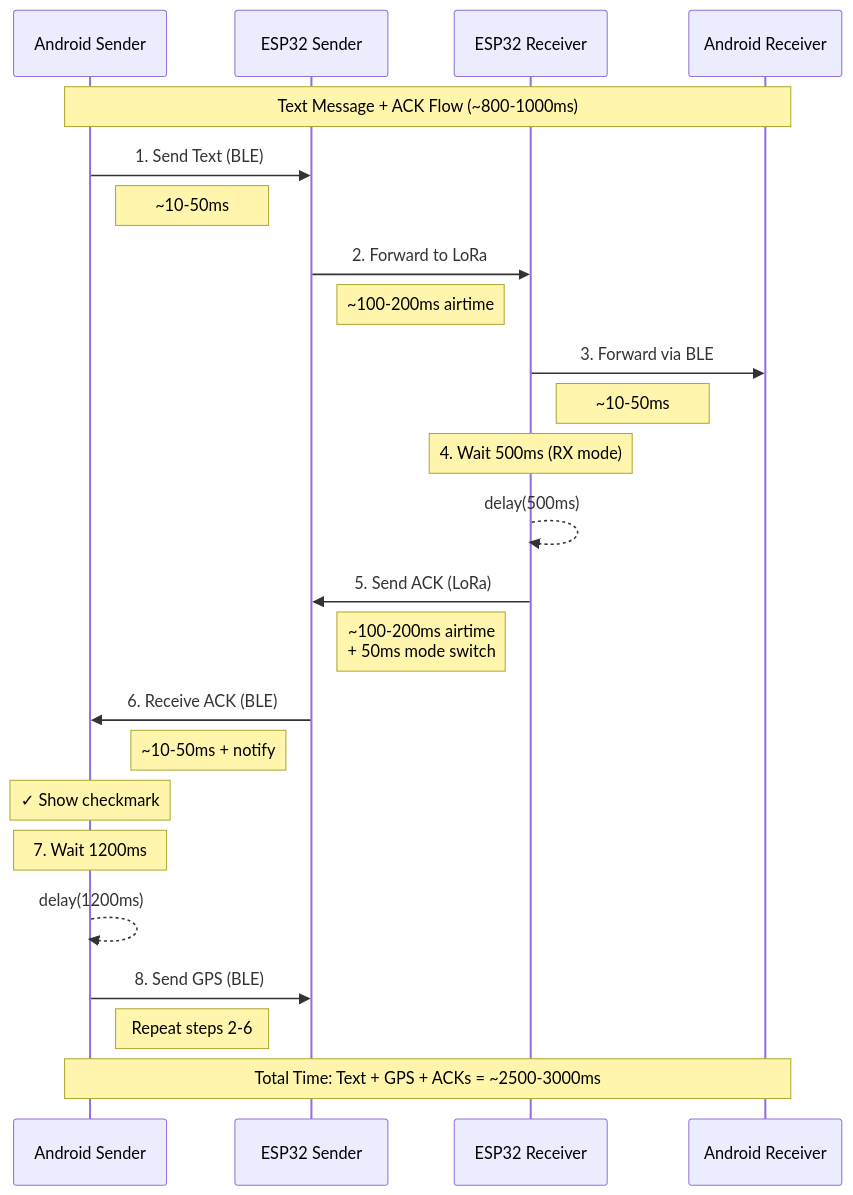
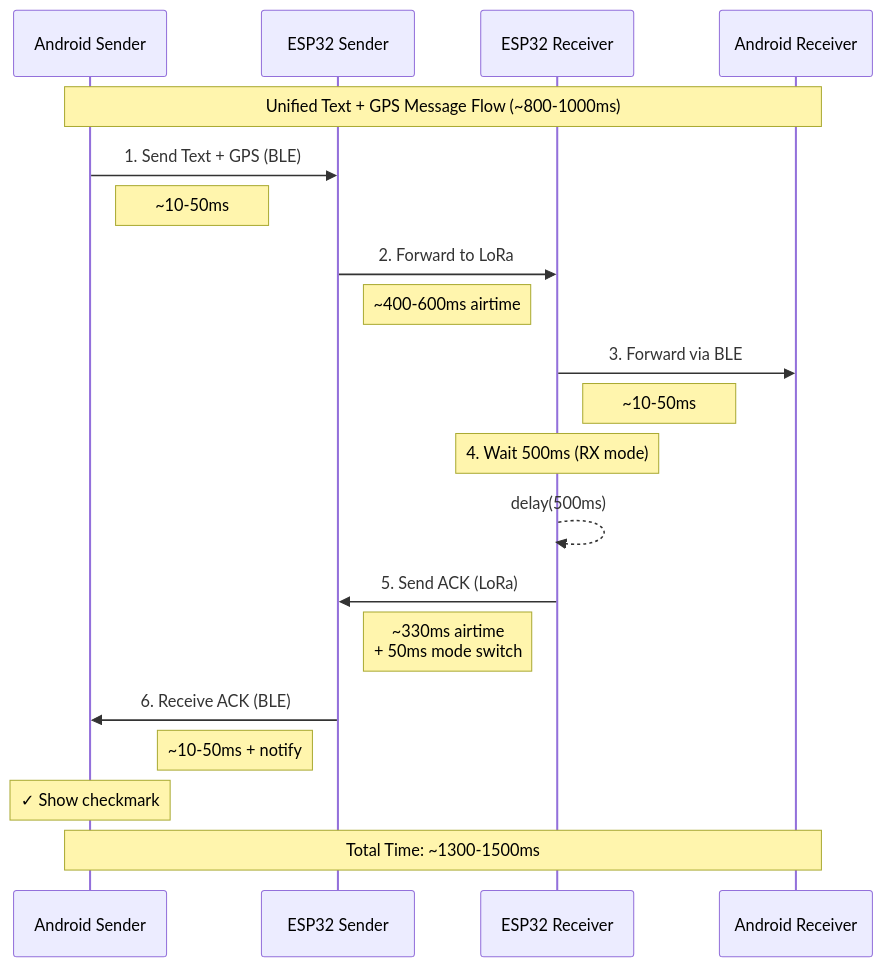
Before and after one commit to psytraxx/android-lora-ble-bridge: the second of 3 diagrams in README.md, drawn with Mermaid. The commit also changed other lines of this file and 1 other file, not shown here.

Commit message:
refactor: unify text and GPS message handling in documentation and code

````diff
--- a/README.md
+++ b/README.md
@@ -313,37 +314,31 @@
 ```mermaid
 sequenceDiagram
     participant AS as Android Sender
     participant ES as ESP32 Sender
     participant ER as ESP32 Receiver
     participant AR as Android Receiver
 
-    Note over AS,AR: Text Message + ACK Flow (~800-1000ms)
+    Note over AS,AR: Unified Text + GPS Message Flow (~800-1000ms)
     
-    AS->>ES: 1. Send Text (BLE)
+    AS->>ES: 1. Send Text + GPS (BLE)
     Note right of AS: ~10-50ms
     
     ES->>ER: 2. Forward to LoRa
-    Note right of ES: ~100-200ms airtime
+    Note right of ES: ~400-600ms airtime
     
     ER->>AR: 3. Forward via BLE
     Note right of ER: ~10-50ms
     
     Note over ER: 4. Wait 500ms (RX mode)
     ER-->>ER: delay(500ms)
     
     ER->>ES: 5. Send ACK (LoRa)
-    Note left of ER: ~100-200ms airtime<br/>+ 50ms mode switch
+    Note left of ER: ~330ms airtime<br/>+ 50ms mode switch
     
     ES->>AS: 6. Receive ACK (BLE)
     Note left of ES: ~10-50ms + notify
     
     Note over AS: ✓ Show checkmark
     
-    Note over AS: 7. Wait 1200ms
-    AS-->>AS: delay(1200ms)
-    
-    AS->>ES: 8. Send GPS (BLE)
-    Note right of AS: Repeat steps 2-6
-    
-    Note over AS,AR: Total Time: Text + GPS + ACKs = ~2500-3000ms
+    Note over AS,AR: Total Time: ~1300-1500ms
 ```
````
